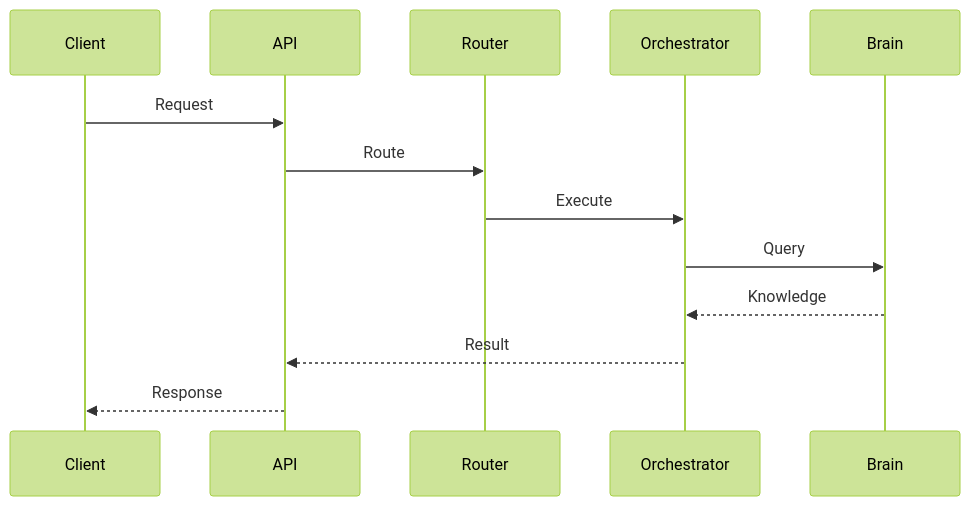
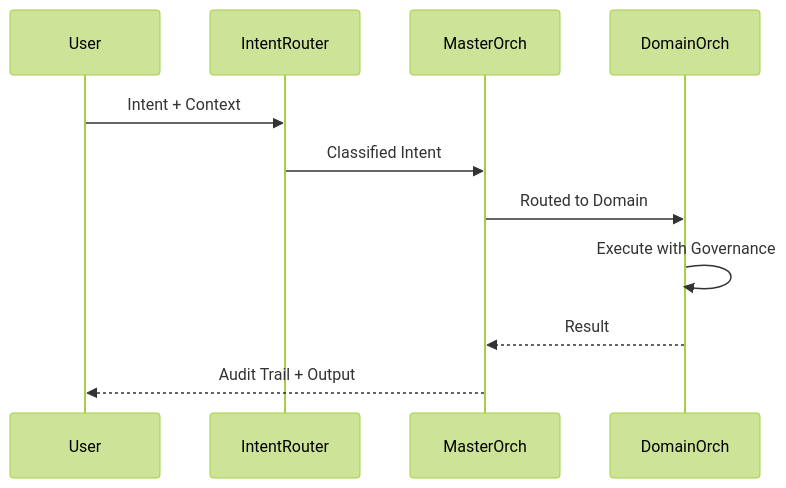
One commit to asifhussain60/CORTEX changed the fourth of 4 diagrams in .github/prompts/cortex-doc.prompt.md. Above: the diagram before and after it, drawn with Mermaid (forest theme). The commit also changed other lines of this file and 15 other files, not shown here.

````diff
--- a/.github/prompts/cortex-doc.prompt.md
+++ b/.github/prompts/cortex-doc.prompt.md
@@ -365,15 +279,13 @@
 ```mermaid
 sequenceDiagram
-    participant Client
-    participant API
-    participant Router
-    participant Orchestrator
-    participant Brain
-    Client->>API: Request
-    API->>Router: Route
-    Router->>Orchestrator: Execute
-    Orchestrator->>Brain: Query
-    Brain-->>Orchestrator: Knowledge
-    Orchestrator-->>API: Result
-    API-->>Client: Response
+  participant User
+  participant IntentRouter
+  participant MasterOrch
+  participant DomainOrch
+  User ->> IntentRouter: Intent + Context
+  IntentRouter ->> MasterOrch: Classified Intent
+  MasterOrch ->> DomainOrch: Routed to Domain
+  DomainOrch ->> DomainOrch: Execute with Governance
+  DomainOrch -->> MasterOrch: Result
+  MasterOrch -->> User: Audit Trail + Output
 ```
````
